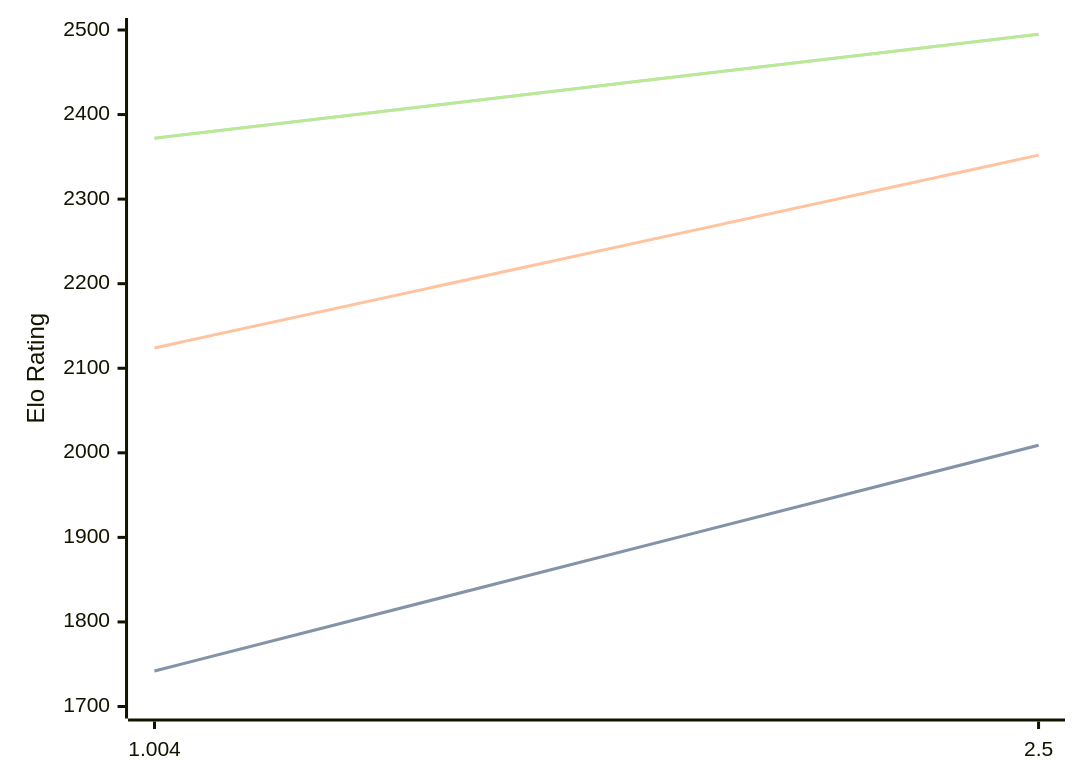
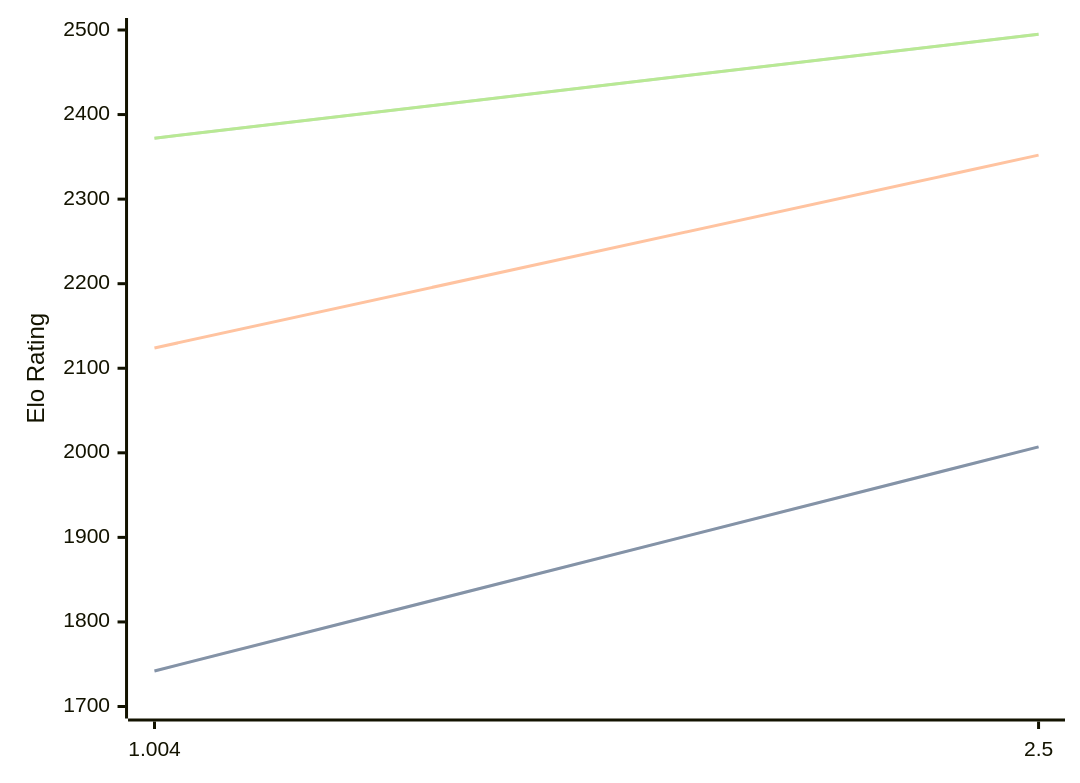
One commit to computer-chess-index/cci changed the diagram in engines/Ares.md. Above: the diagram before and after it, drawn with Mermaid. The commit also changed other lines of this file, not shown here.

Commit message:
Update CCI Ratings (ELO VLTC) - 2026-02-26

````diff
--- a/engines/Ares.md
+++ b/engines/Ares.md
@@ -30,11 +30,11 @@
 ```mermaid
 %%{init: {"theme":"base","themeVariables":{"seriesColors:['#a3a3a3','#222221','#faa371']}}}%%
 xychart-beta
   x-axis ["1.004", "2.5"]
   y-axis "Elo Rating" 1700 --> 2500
-  line "STC (8.0+0.08s)" [1742, 2009]
-  line "STC (8.0+0.08s)" [1742, 2009]
+  line "STC (8.0+0.08s)" [1742, 2007]
+  line "STC (8.0+0.08s)" [1742, 2007]
   line "LTC (60.0+0.60s)" [2124, 2352]
   line "VLTC (2m24s+1.12s)" [2372, 2495]
   line "VLTC (2m24s+1.12s)" [2372, 2495]
 ```
````
